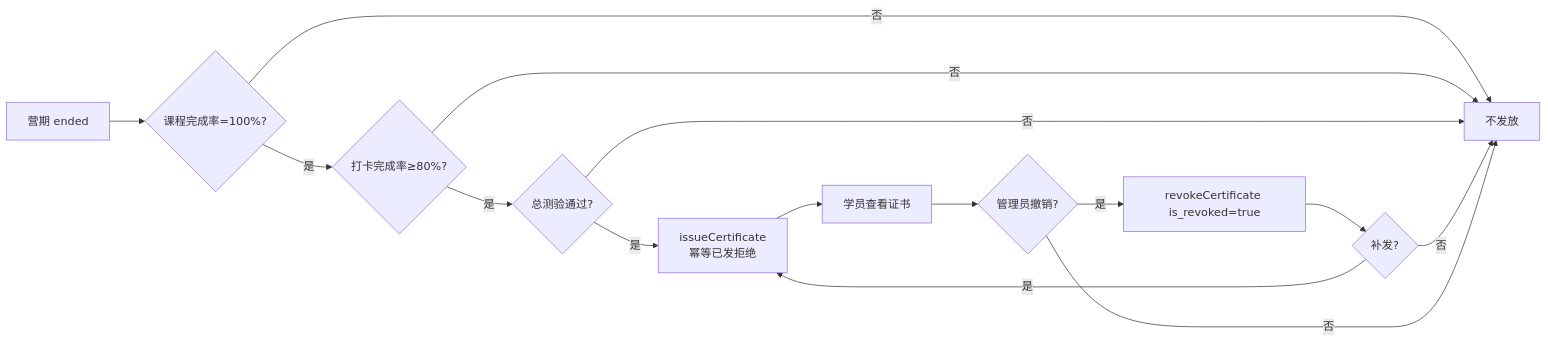
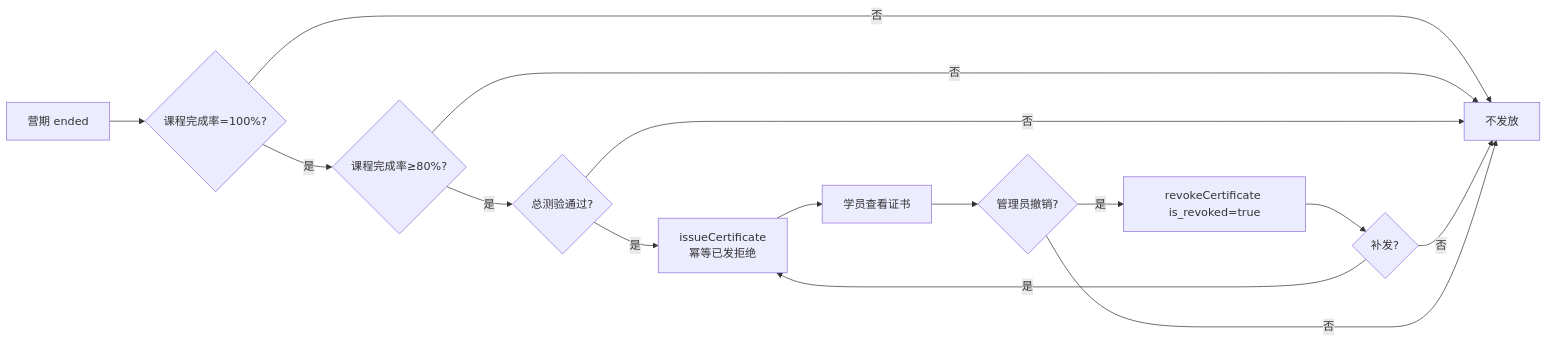
Before and after one commit to eltonliz/saas-audit-prototype: the seventh of 10 diagrams in docs/01-requirements/18-课程与营期域-PRD-v1.4.0.md, drawn with Mermaid. The commit also changed other lines of this file and 13 other files, not shown here.

````diff
--- a/docs/01-requirements/18-课程与营期域-PRD-v1.4.0.md
+++ b/docs/01-requirements/18-课程与营期域-PRD-v1.4.0.md
@@ -321,17 +322,17 @@
 ```mermaid
 flowchart LR
     A[营期 ended] --> B{课程完成率=100%?}
     B -->|否| Z[不发放]
-    B -->|是| C{打卡完成率≥80%?}
+    B -->|是| C{课程完成率≥80%?}
     C -->|否| Z
     C -->|是| D{总测验通过?}
     D -->|否| Z
     D -->|是| E[issueCertificate<br/>幂等已发拒绝]
     E --> F[学员查看证书]
     F --> G{管理员撤销?}
     G -->|是| H[revokeCertificate is_revoked=true]
     H --> I{补发?}
     I -->|是| E
     I -->|否| Z
     G -->|否| Z
 ```
````
